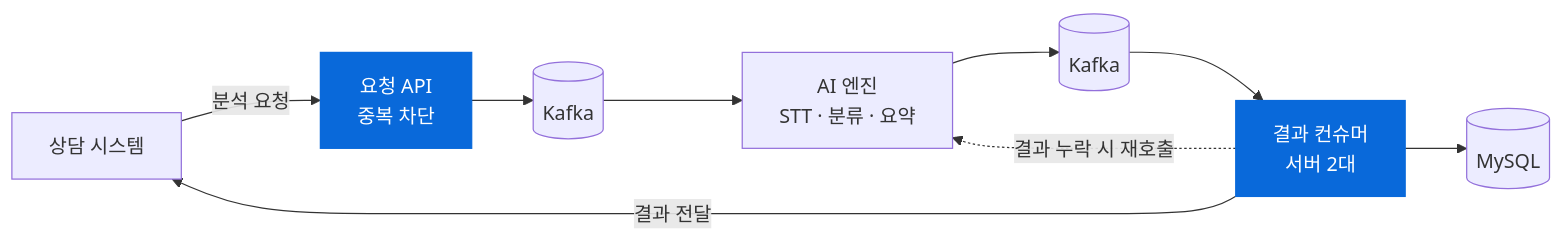
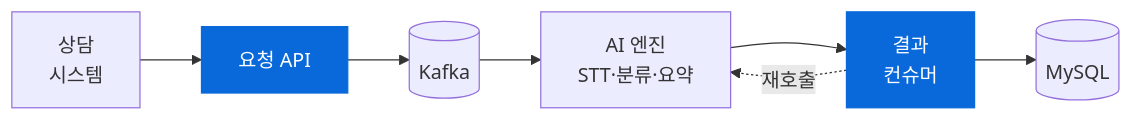
The third of 3 diagrams in README.md (YuchanKim-DEV/YuchanKim-Dev), drawn with Mermaid before and after one commit. The commit also changed other lines of this file, not shown here.

Commit message:
docs: 다이어그램 단순화, Before/After를 색 배지로 표시

````diff
--- a/README.md
+++ b/README.md
@@ -205,13 +204,11 @@
 ```mermaid
 flowchart LR
-    SYS["상담 시스템"] -- "분석 요청" --> P["요청 API<br/>중복 차단"]
-    P --> K1[("Kafka")]
-    K1 --> AI["AI 엔진<br/>STT · 분류 · 요약"]
-    AI --> K2[("Kafka")]
-    K2 --> C["결과 컨슈머<br/>서버 2대"]
+    SYS["상담<br/>시스템"] --> P["요청 API"]
+    P --> K[("Kafka")]
+    K --> AI["AI 엔진<br/>STT·분류·요약"]
+    AI --> C["결과<br/>컨슈머"]
     C --> DB[("MySQL")]
-    C -. "결과 누락 시 재호출" .-> AI
-    C -- "결과 전달" --> SYS
+    C -. 재호출 .-> AI
     class P,C mine
     classDef mine fill:#0969DA,stroke:#0969DA,color:#fff
 ```
````
